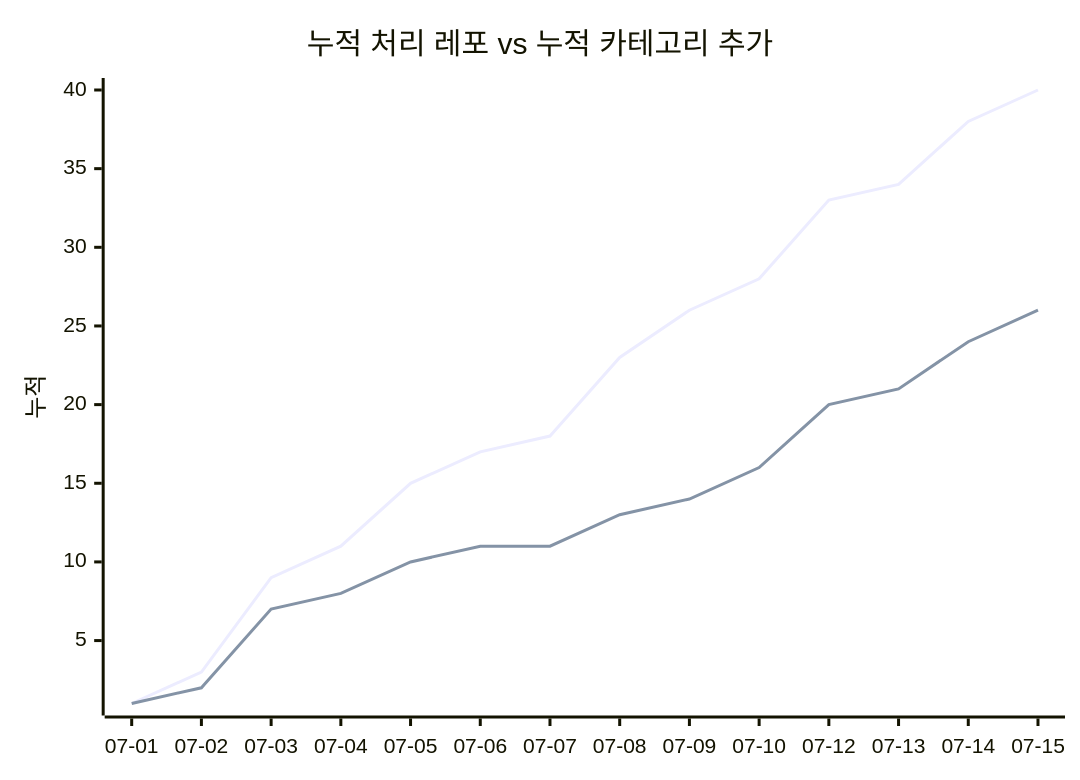
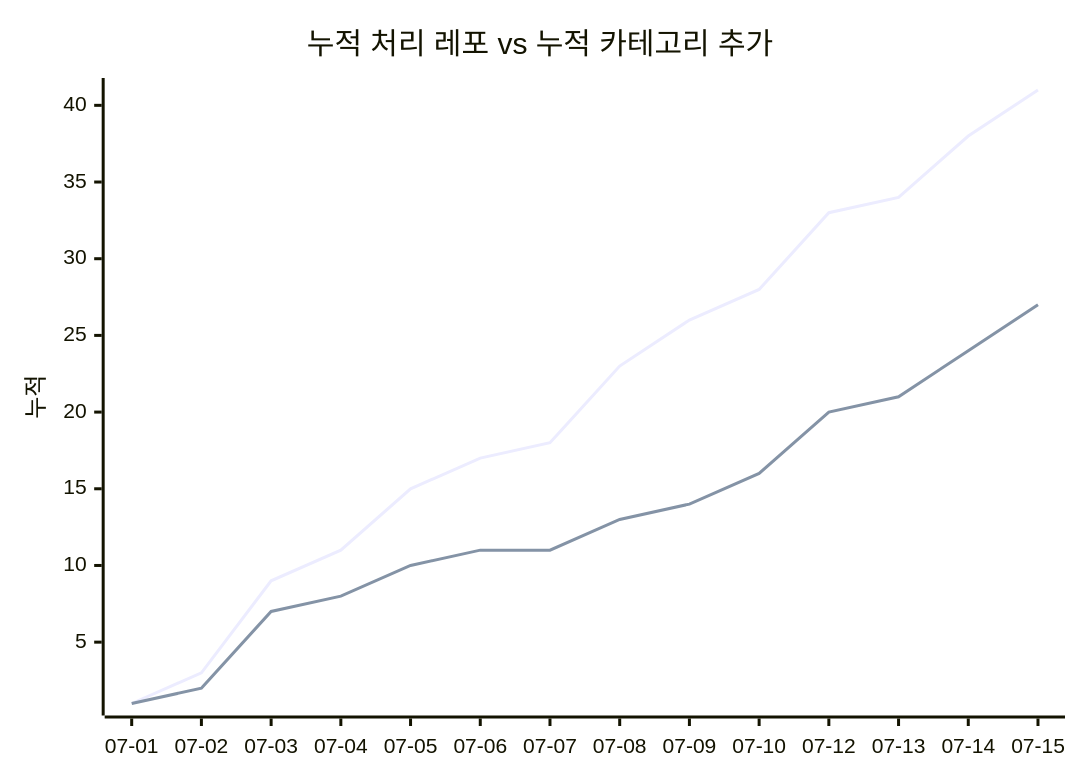
Before and after one commit to J-nowcow/awesome-korean-agent-skills: the second of 2 diagrams in docs/trends.md, drawn with Mermaid. The commit also changed other lines of this file and 4 other files, not shown here.

````diff
--- a/docs/trends.md
+++ b/docs/trends.md
@@ -68,8 +68,8 @@
 ```mermaid
 xychart-beta
     title "누적 처리 레포 vs 누적 카테고리 추가"
     x-axis ["07-01","07-02","07-03","07-04","07-05","07-06","07-07","07-08","07-09","07-10","07-12","07-13","07-14","07-15"]
     y-axis "누적"
-    line [1,3,9,11,15,17,18,23,26,28,33,34,38,40]
-    line [1,2,7,8,10,11,11,13,14,16,20,21,24,26]
+    line [1,3,9,11,15,17,18,23,26,28,33,34,38,41]
+    line [1,2,7,8,10,11,11,13,14,16,20,21,24,27]
 ```
````
